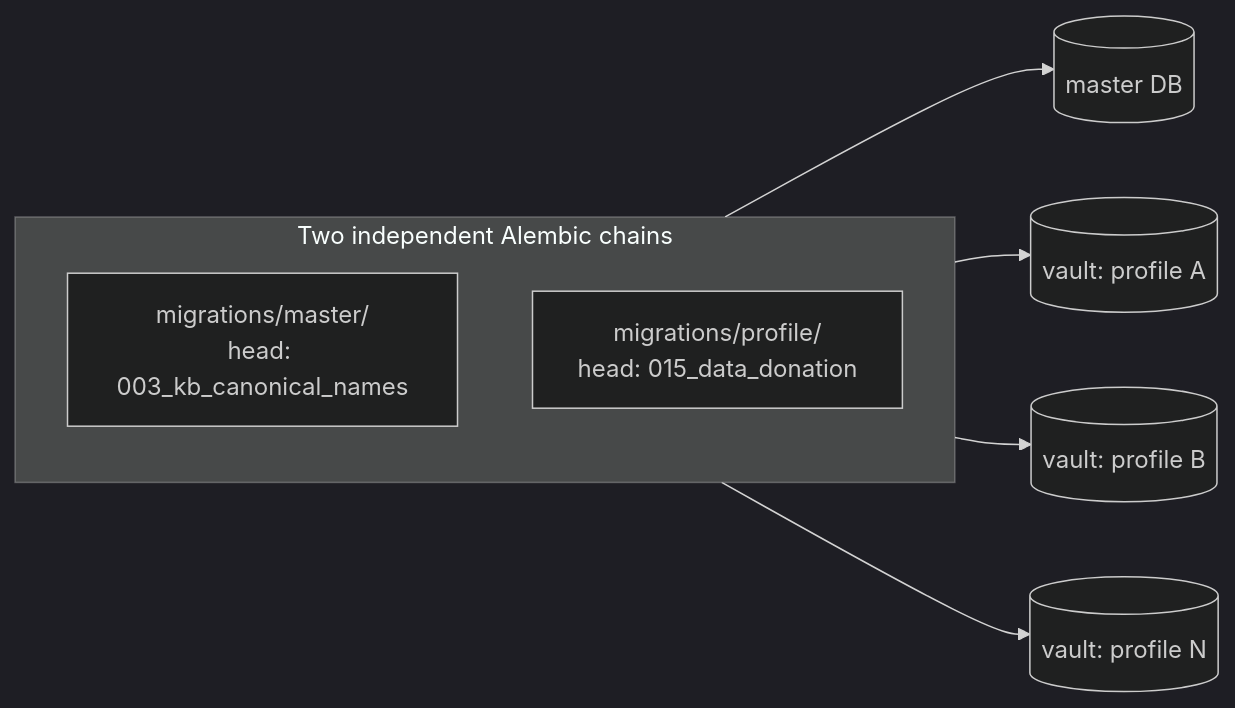
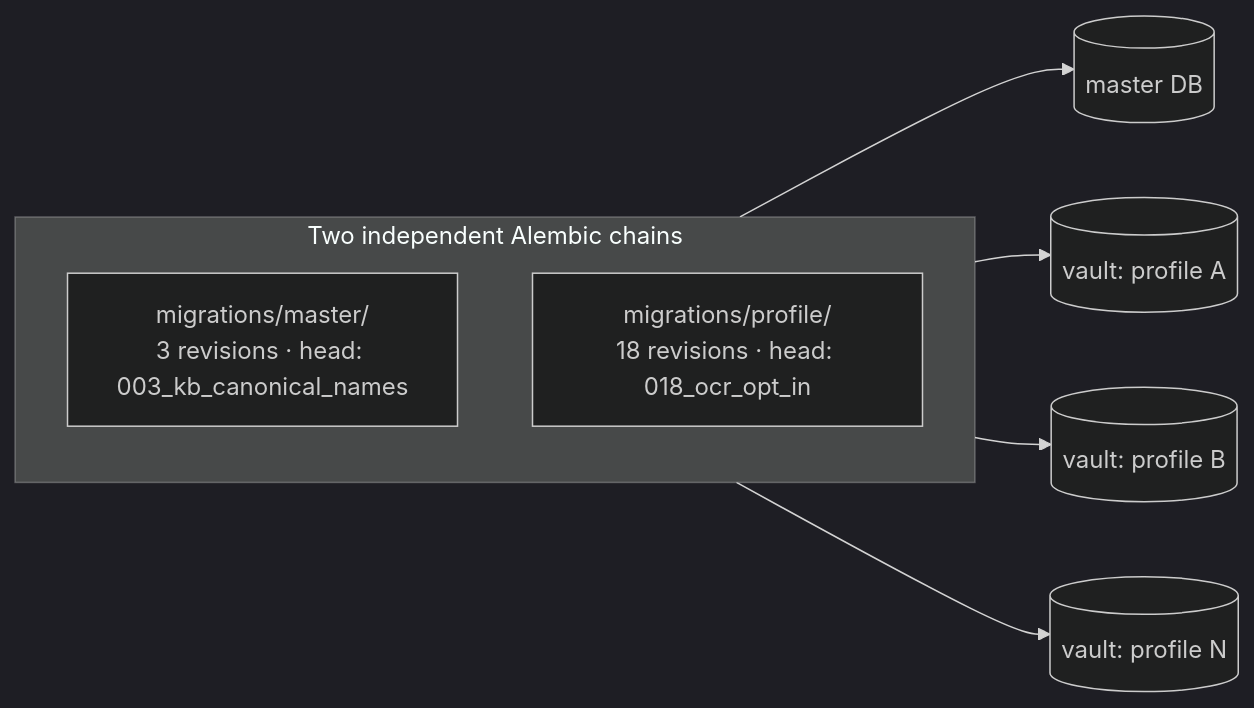
One commit to BrooklynD23/HealthCentral changed the fourth of 4 diagrams in docs/architecture/backend.md. Above: the diagram before and after it, drawn with Mermaid (dark theme). The commit also changed other lines of this file and 20 other files, not shown here.

````diff
--- a/docs/architecture/backend.md
+++ b/docs/architecture/backend.md
@@ -145,13 +202,13 @@
 ```mermaid
 flowchart LR
     subgraph chains["Two independent Alembic chains"]
         direction TB
-        MM["migrations/master/<br/>head: 003_kb_canonical_names"]
-        PM["migrations/profile/<br/>head: 015_data_donation"]
+        MM["migrations/master/<br/>3 revisions · head: 003_kb_canonical_names"]
+        PM["migrations/profile/<br/>18 revisions · head: 018_ocr_opt_in"]
     end
 
     MM --> MDB[("master DB")]
     PM --> P1[("vault: profile A")]
     PM --> P2[("vault: profile B")]
     PM --> P3[("vault: profile N")]
 ```
````
